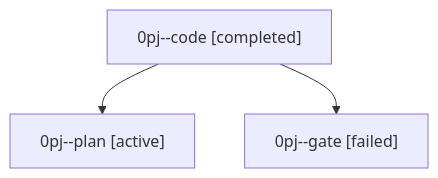
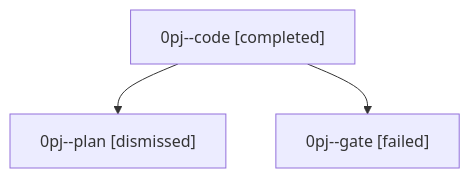
The diagram in sessions/bbugyi200.athena.0pj.md (sase-org/sase--agents), drawn with Mermaid before and after one commit. The commit also changed other lines of this file and 22 other files, not shown here.

````diff
--- a/sessions/bbugyi200.athena.0pj.md
+++ b/sessions/bbugyi200.athena.0pj.md
@@ -9,8 +9,8 @@
 ```mermaid
 flowchart TD
   n0["0pj--code [completed]"]
-  n1["0pj--plan [active]"]
+  n1["0pj--plan [dismissed]"]
   n0 --> n1
   n2["0pj--gate [failed]"]
   n0 --> n2
 ```
````
